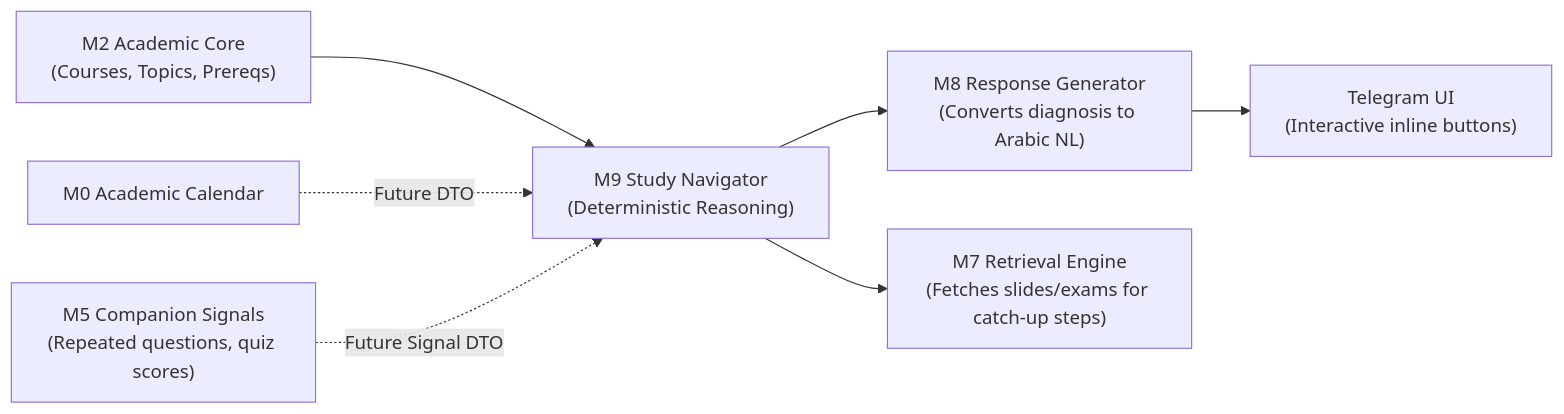
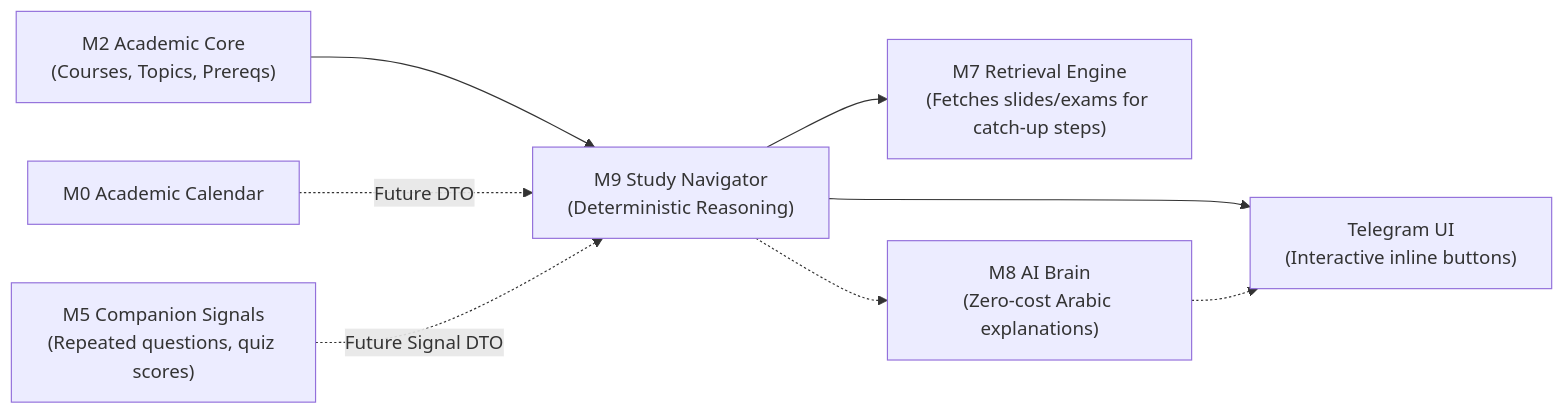
Before and after one commit to sajjadraad2006-sys/mecha-bot: the fourth of 4 diagrams in docs/M9_STUDY_NAVIGATOR_FOUNDATION.md, drawn with Mermaid. The commit also changed other lines of this file and 1 other file, not shown here.

````diff
--- a/docs/M9_STUDY_NAVIGATOR_FOUNDATION.md
+++ b/docs/M9_STUDY_NAVIGATOR_FOUNDATION.md
@@ -219,10 +219,11 @@
 ```mermaid
 graph LR
     M2["M2 Academic Core<br/>(Courses, Topics, Prereqs)"] --> M9["M9 Study Navigator<br/>(Deterministic Reasoning)"]
     M0["M0 Academic Calendar"] -.->|Future DTO| M9
     M5["M5 Companion Signals<br/>(Repeated questions, quiz scores)"] -.->|Future Signal DTO| M9
 
-    M9 --> M8["M8 Response Generator<br/>(Converts diagnosis to Arabic NL)"]
+    M9 --> TG["Telegram UI<br/>(Interactive inline buttons)"]
     M9 --> M7["M7 Retrieval Engine<br/>(Fetches slides/exams for catch-up steps)"]
-    M8 --> TG["Telegram UI<br/>(Interactive inline buttons)"]
+    M9 -.-> M8["M8 AI Brain<br/>(Zero-cost Arabic explanations)"]
+    M8 -.-> TG
 ```
````
